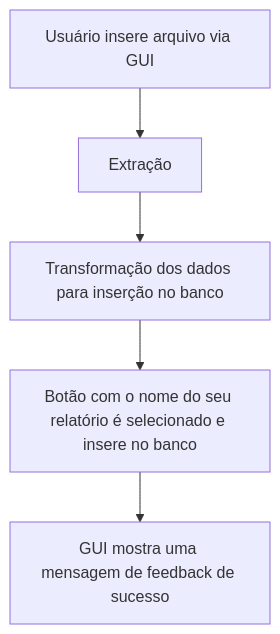
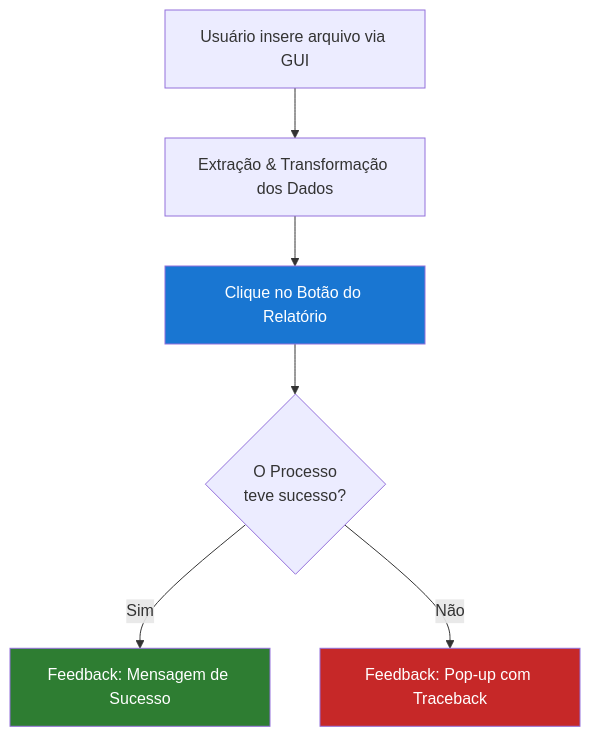
Before and after one commit to ranielcaria/data-etl-extractions: the first of 2 diagrams in README.md, drawn with Mermaid. The commit also changed other lines of this file, not shown here.

````diff
--- a/README.md
+++ b/README.md
@@ -11,7 +11,13 @@
 ```mermaid
 graph TD;
-GUI[Usuário insere arquivo via GUI] --> Extração;
-Extração --> Transform[Transformação dos dados para inserção no banco];
-Transform --> Load[Botão com o nome do seu relatório é selecionado e insere no banco];
-Load --> Feedback[GUI mostra uma mensagem de feedback de sucesso]
+    Start[Usuário insere arquivo via GUI] --> ETL[Extração & Transformação dos Dados]
+    ETL --> Action[Clique no Botão do Relatório]
+    Action --> Pipeline{O Processo <br/>teve sucesso?}
+    
+    Pipeline -- Sim --> Success[Feedback: Mensagem de Sucesso]
+    Pipeline -- Não --> Error[Feedback: Pop-up com Traceback]
+
+    style Success fill:#2e7d32,color:#fff
+    style Error fill:#c62828,color:#fff
+    style Action fill:#1976d2,color:#fff
 ```
````
